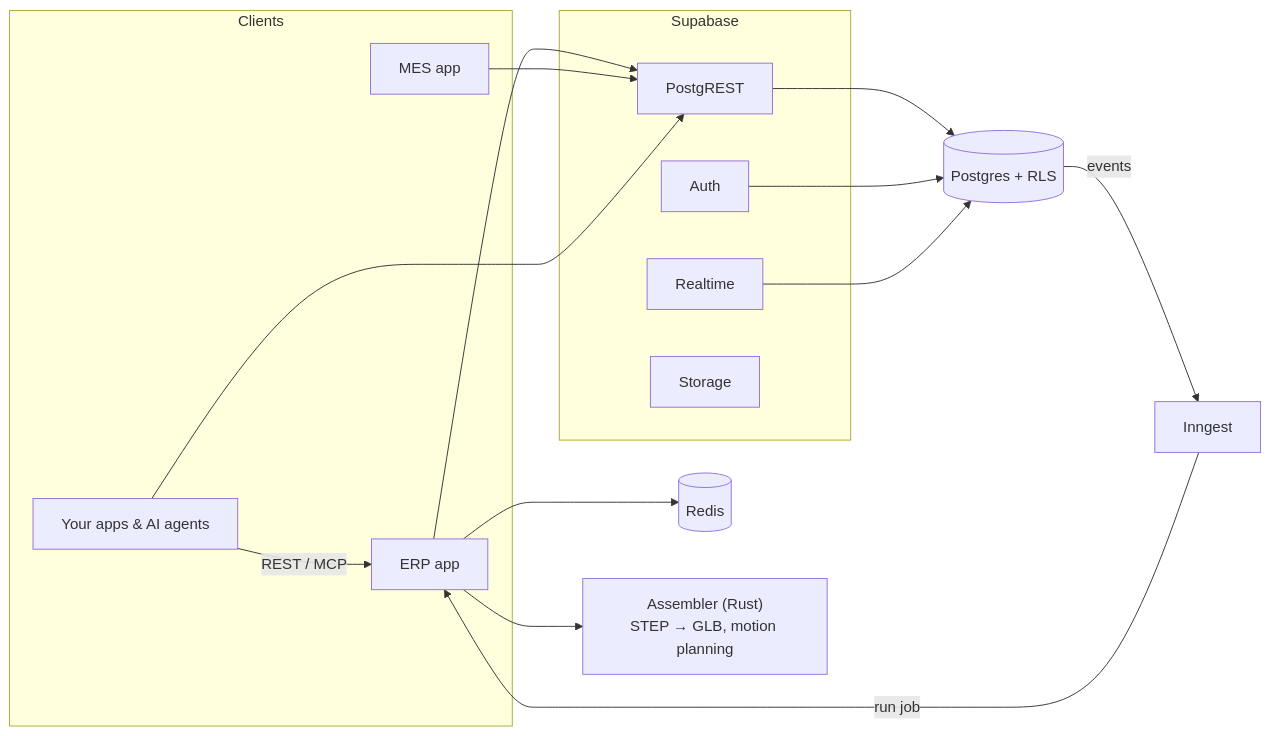
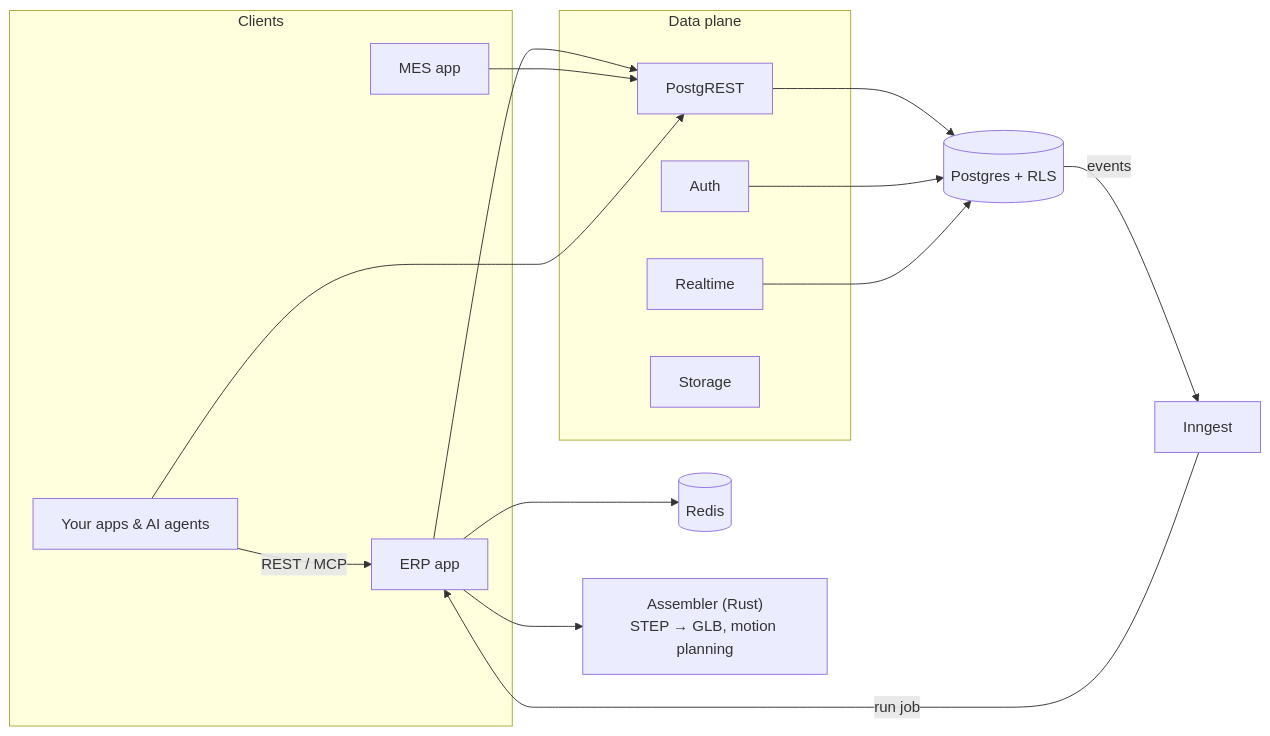
The diagram in README.md (crbnos/carbon), drawn with Mermaid before and after one commit. The commit also changed other lines of this file, not shown here.

````diff
--- a/README.md
+++ b/README.md
@@ -170,26 +166,26 @@
 ```mermaid
 flowchart LR
   subgraph Clients
     ERP["ERP app"]
     MES["MES app"]
     EXT["Your apps & AI agents"]
   end
-  subgraph Supabase
+  subgraph DP["Data plane"]
     REST["PostgREST"]
     AUTH["Auth"]
     RT["Realtime"]
     STO["Storage"]
   end
   PG[("Postgres + RLS")]
   ERP --> REST
   MES --> REST
   EXT -- "REST / MCP" --> ERP
   EXT --> REST
   REST --> PG
   AUTH --> PG
   RT --> PG
   PG -- "events" --> ING["Inngest"]
   ING -- "run job" --> ERP
   ERP --> REDIS[("Redis")]
   ERP --> ASM["Assembler (Rust)<br/>STEP → GLB, motion planning"]
 ```
````
